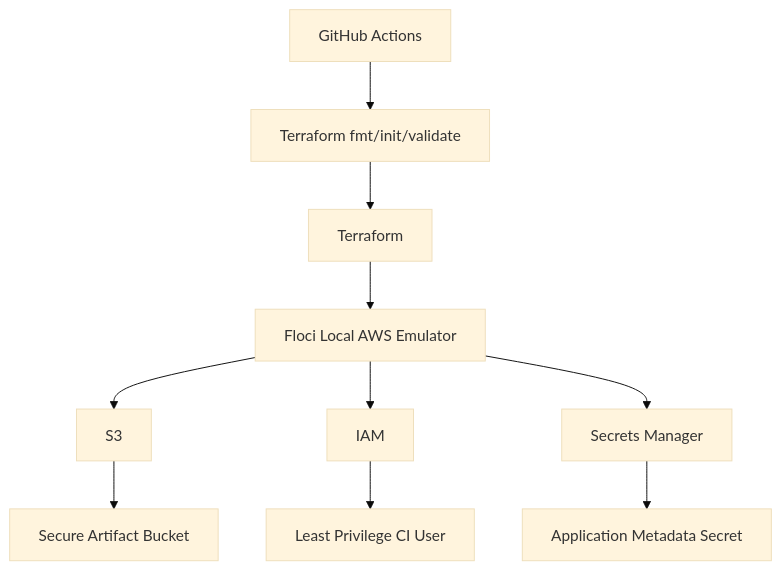
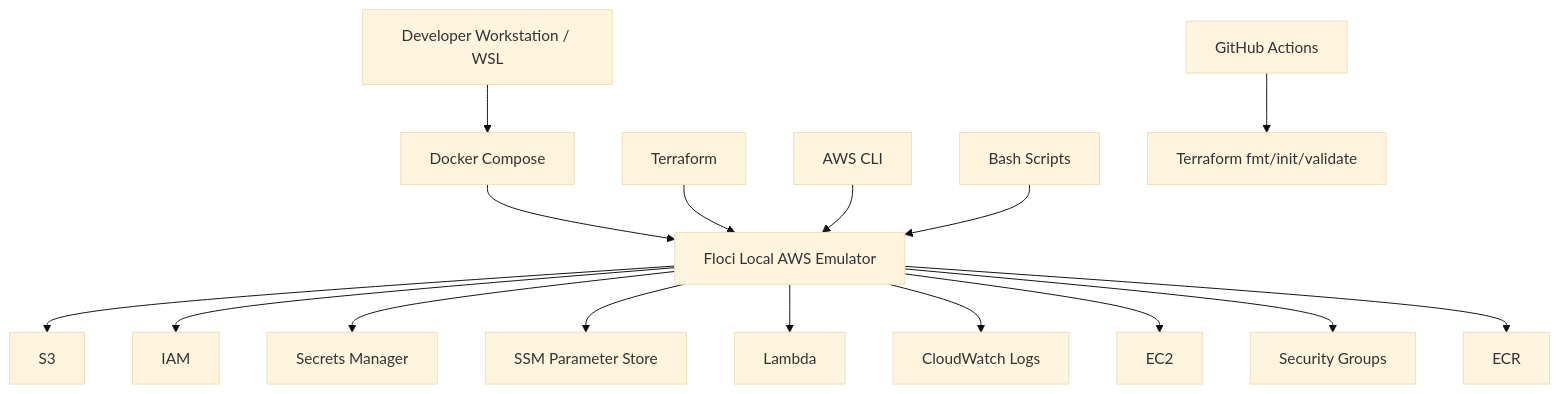
The ninth of 9 diagrams in README.md (lingarajayli/devsecops-platform), drawn with Mermaid (base theme) before and after one commit. The commit also changed other lines of this file, not shown here.

Commit message:
docs: update root README Floci platform section

````diff
--- a/README.md
+++ b/README.md
@@ -533,14 +535,21 @@
 ```mermaid
 flowchart TD
-    A[Terraform] --> B[Floci Local AWS Emulator]
-    B --> C[S3]
-    B --> D[IAM]
-    B --> E[Secrets Manager]
+    A[Developer Workstation / WSL] --> B[Docker Compose]
+    B --> C[Floci Local AWS Emulator]
 
-    C --> F[Secure Artifact Bucket]
-    D --> G[Least Privilege CI User]
-    E --> H[Application Metadata Secret]
+    D[Terraform] --> C
+    E[AWS CLI] --> C
+    F[Bash Scripts] --> C
 
-    I[GitHub Actions] --> J[Terraform fmt/init/validate]
-    J --> A
+    C --> G[S3]
+    C --> H[IAM]
+    C --> I[Secrets Manager]
+    C --> J[SSM Parameter Store]
+    C --> K[Lambda]
+    C --> L[CloudWatch Logs]
+    C --> M[EC2]
+    C --> N[Security Groups]
+    C --> O[ECR]
+
+    P[GitHub Actions] --> Q[Terraform fmt/init/validate]
 ```
````
